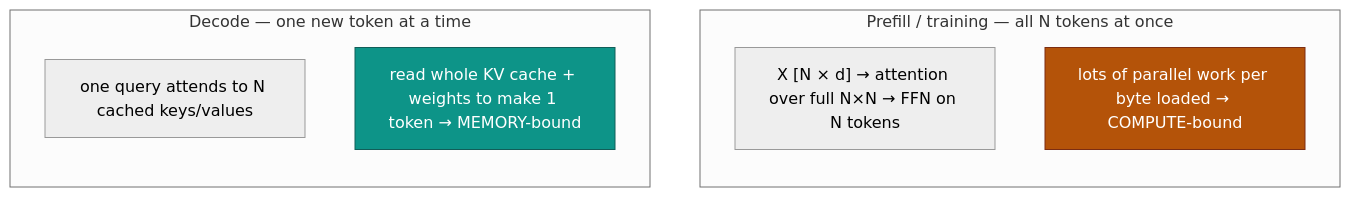
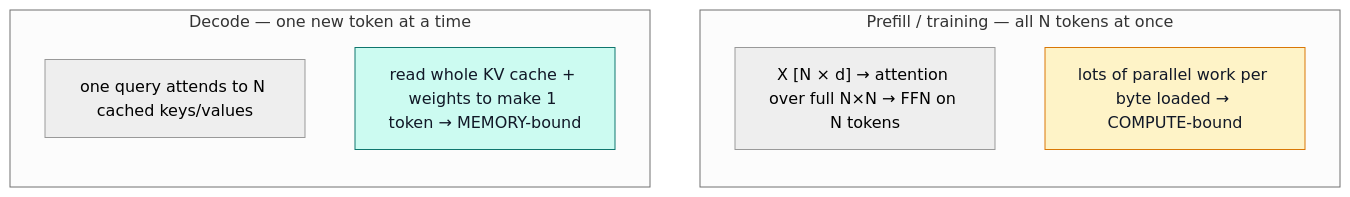
The tenth of 10 diagrams in docs/foundations/transformer-from-scratch.md (youyun8/deep-kernel-handbook), drawn with Mermaid (neutral theme) before and after one commit. The commit also changed other lines of this file and 10 other files, not shown here.

Commit message:
docs: fix diagram contrast and home title

````diff
--- a/docs/foundations/transformer-from-scratch.md
+++ b/docs/foundations/transformer-from-scratch.md
@@ -270,17 +270,17 @@
 ```mermaid
 flowchart TD
     subgraph PRE["Prefill / training — all N tokens at once"]
       direction TB
       P1["X [N × d] → attention over full N×N → FFN on N tokens"]
       P2["lots of parallel work per byte loaded → COMPUTE-bound"]
     end
     subgraph DEC["Decode — one new token at a time"]
       direction TB
       D1["one query attends to N cached keys/values"]
       D2["read whole KV cache + weights to make 1 token → MEMORY-bound"]
     end
     class P2 accAmber;
     class D2 accTeal;
-    classDef accAmber fill:#b45309,stroke:#7c2d12,color:#fff;
-    classDef accTeal fill:#0d9488,stroke:#115e59,color:#fff;
+    classDef accAmber fill:#fef3c7,stroke:#d97706,color:#111827;
+    classDef accTeal fill:#ccfbf1,stroke:#0f766e,color:#111827;
 ```
````
